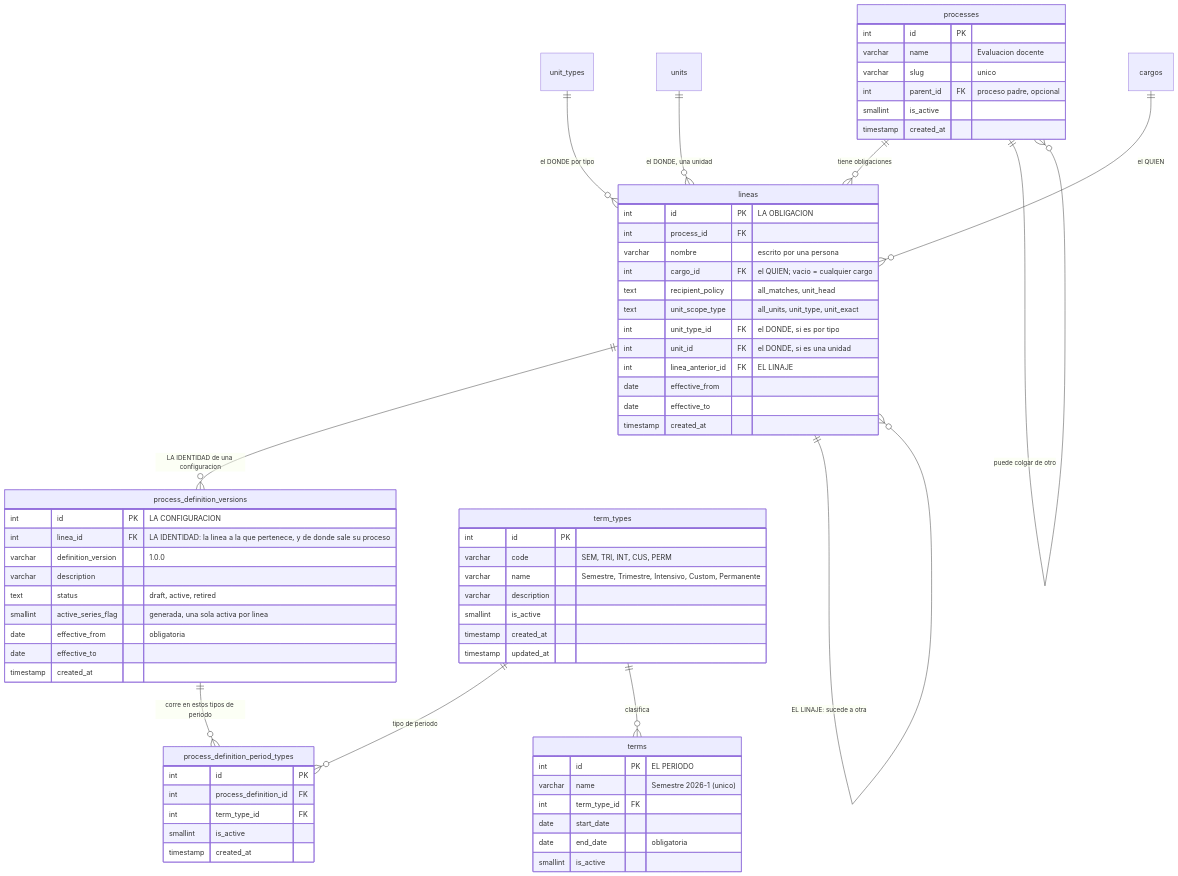
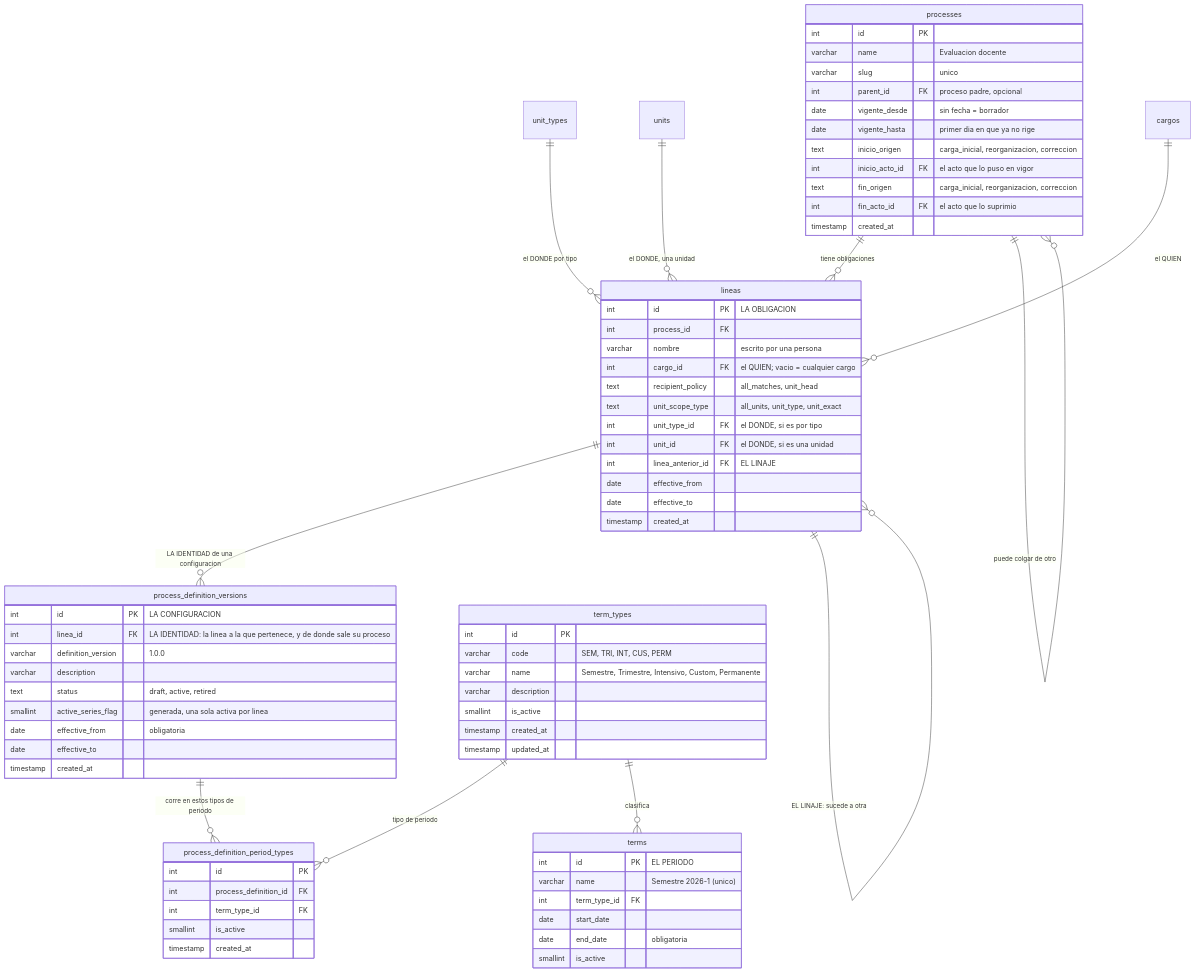
One commit to fresvel/deasy changed the diagram in docs/src/content/docs/modelo/proceso.md. Above: the diagram before and after it, drawn with Mermaid. The commit also changed other lines of this file and 32 other files, not shown here.

First line of the commit message:
feat(modelo): un proceso ya no está «activo»: rige entre dos fechas, y nace en borrador

````diff
--- a/docs/src/content/docs/modelo/proceso.md
+++ b/docs/src/content/docs/modelo/proceso.md
@@ -159,71 +197,76 @@
 ```mermaid
 erDiagram
   processes ||--o{ lineas : "tiene obligaciones"
   processes ||--o{ processes : "puede colgar de otro"
   lineas ||--o{ process_definition_versions : "LA IDENTIDAD de una configuracion"
   lineas ||--o{ lineas : "EL LINAJE: sucede a otra"
   unit_types ||--o{ lineas : "el DONDE por tipo"
   units ||--o{ lineas : "el DONDE, una unidad"
   cargos ||--o{ lineas : "el QUIEN"
   process_definition_versions ||--o{ process_definition_period_types : "corre en estos tipos de periodo"
   term_types ||--o{ process_definition_period_types : "tipo de periodo"
   term_types ||--o{ terms : "clasifica"
 
   processes {
     int id PK
     varchar name "Evaluacion docente"
     varchar slug "unico"
     int parent_id FK "proceso padre, opcional"
-    smallint is_active
+    date vigente_desde "sin fecha = borrador"
+    date vigente_hasta "primer dia en que ya no rige"
+    text inicio_origen "carga_inicial, reorganizacion, correccion"
+    int inicio_acto_id FK "el acto que lo puso en vigor"
+    text fin_origen "carga_inicial, reorganizacion, correccion"
+    int fin_acto_id FK "el acto que lo suprimio"
     timestamp created_at
   }
   lineas {
     int id PK "LA OBLIGACION"
     int process_id FK
     varchar nombre "escrito por una persona"
     int cargo_id FK "el QUIEN; vacio = cualquier cargo"
     text recipient_policy "all_matches, unit_head"
     text unit_scope_type "all_units, unit_type, unit_exact"
     int unit_type_id FK "el DONDE, si es por tipo"
     int unit_id FK "el DONDE, si es una unidad"
     int linea_anterior_id FK "EL LINAJE"
     date effective_from
     date effective_to
     timestamp created_at
   }
   process_definition_versions {
     int id PK "LA CONFIGURACION"
     int linea_id FK "LA IDENTIDAD: la linea a la que pertenece, y de donde sale su proceso"
     varchar definition_version "1.0.0"
     varchar description
     text status "draft, active, retired"
     smallint active_series_flag "generada, una sola activa por linea"
     date effective_from "obligatoria"
     date effective_to
     timestamp created_at
   }
   process_definition_period_types {
     int id PK
     int process_definition_id FK
     int term_type_id FK
     smallint is_active
     timestamp created_at
   }
   term_types {
     int id PK
     varchar code "SEM, TRI, INT, CUS, PERM"
     varchar name "Semestre, Trimestre, Intensivo, Custom, Permanente"
     varchar description
     smallint is_active
     timestamp created_at
     timestamp updated_at
   }
   terms {
     int id PK "EL PERIODO"
     varchar name "Semestre 2026-1 (unico)"
     int term_type_id FK
     date start_date
     date end_date "obligatoria"
     smallint is_active
   }
 ```
````
